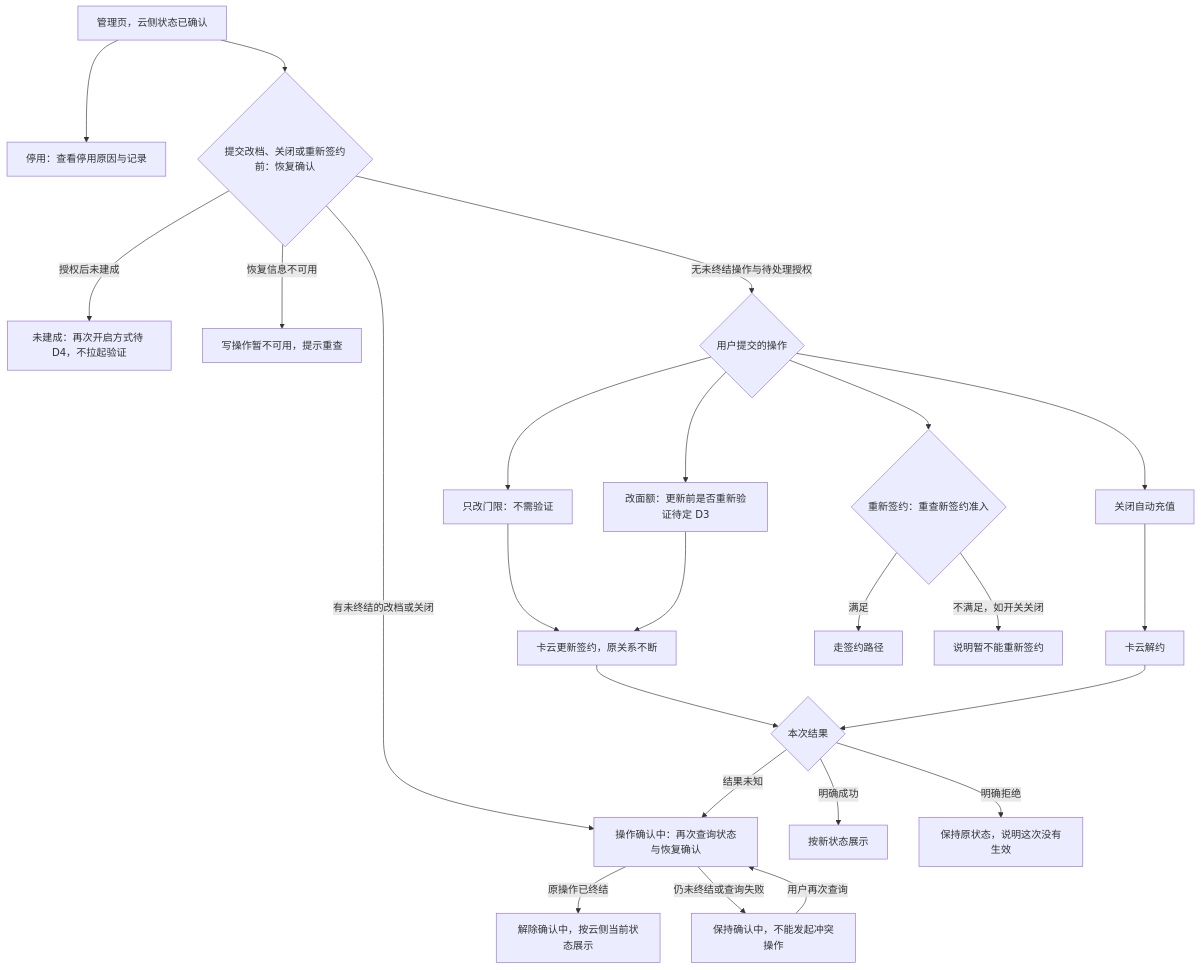
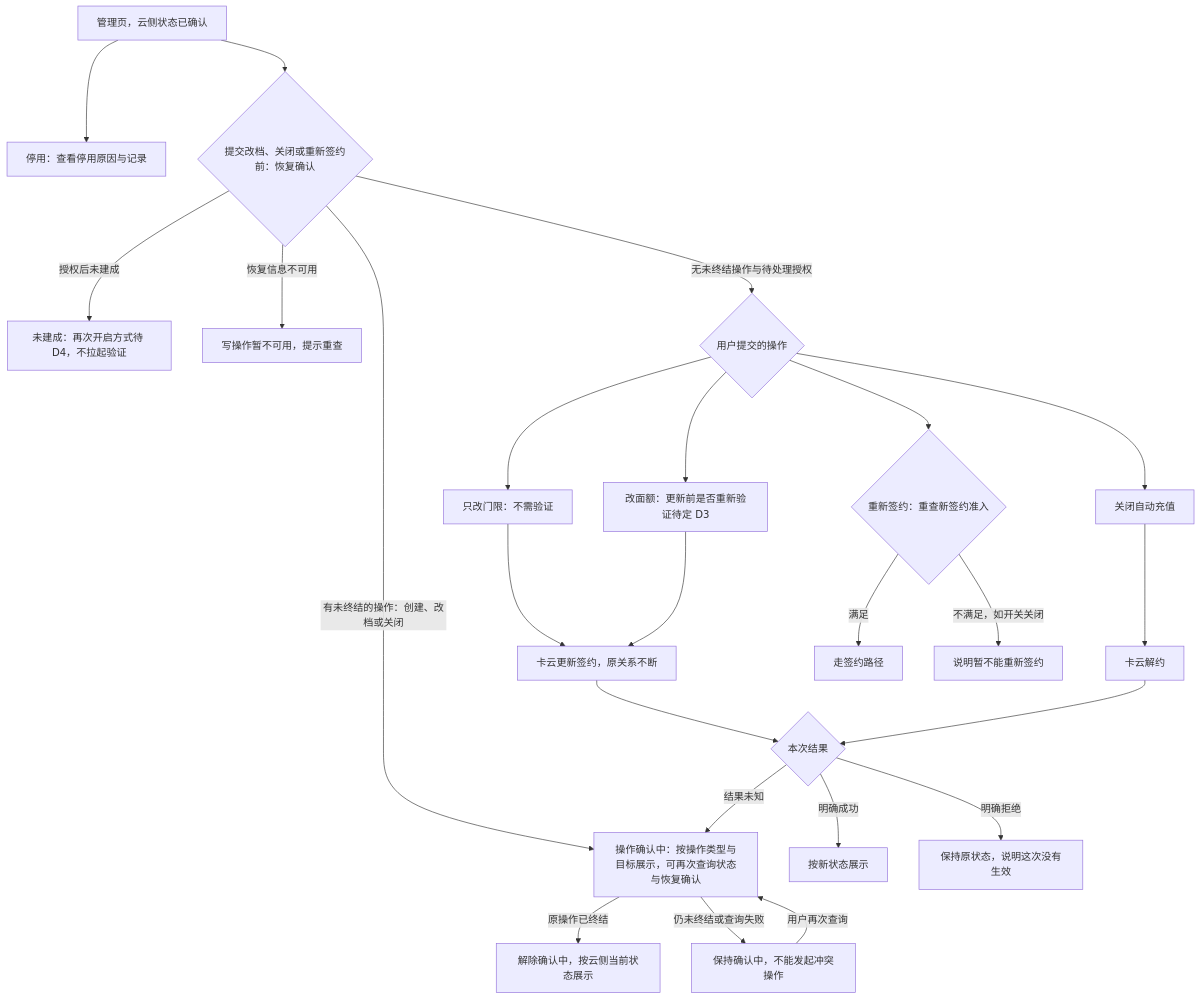
Before and after one commit to sqsqsq/SimulatedWalletForHmos: the second of 3 diagrams in doc/plan/1.9.9/金样候选/auto-topup/spec/spec.md, drawn with Mermaid. The commit also changed other lines of this file and 38 other files, not shown here.

````diff
--- a/doc/plan/1.9.9/金样候选/auto-topup/spec/spec.md
+++ b/doc/plan/1.9.9/金样候选/auto-topup/spec/spec.md
@@ -267,26 +270,26 @@
 ```mermaid
 flowchart TD
   M[管理页，云侧状态已确认] --> P[停用：查看停用原因与记录]
   M --> W{提交改档、关闭或重新签约前：恢复确认}
-  W -->|有未终结的改档或关闭| PD
+  W -->|有未终结的操作：创建、改档或关闭| PD
   W -->|授权后未建成| AF[未建成：再次开启方式待 D4，不拉起验证]
   W -->|恢复信息不可用| RQ[写操作暂不可用，提示重查]
   W -->|无未终结操作与待处理授权| CH{用户提交的操作}
   CH --> N1[只改门限：不需验证]
   CH --> N2[改面额：更新前是否重新验证待定 D3]
   CH --> O[关闭自动充值]
   CH --> RE{重新签约：重查新签约准入}
   N1 --> UP[卡云更新签约，原关系不断]
   N2 --> UP
   O --> CC[卡云解约]
   UP --> RS{本次结果}
   CC --> RS
   RS -->|明确成功| OK[按新状态展示]
   RS -->|明确拒绝| NO[保持原状态，说明这次没有生效]
-  RS -->|结果未知| PD[操作确认中：再次查询状态与恢复确认]
+  RS -->|结果未知| PD[操作确认中：按操作类型与目标展示，可再次查询状态与恢复确认]
   PD -->|原操作已终结| CUR[解除确认中，按云侧当前状态展示]
   PD -->|仍未终结或查询失败| WT[保持确认中，不能发起冲突操作]
   WT -->|用户再次查询| PD
   RE -->|满足| SG[走签约路径]
   RE -->|不满足，如开关关闭| NA[说明暂不能重新签约]
 ```
````
